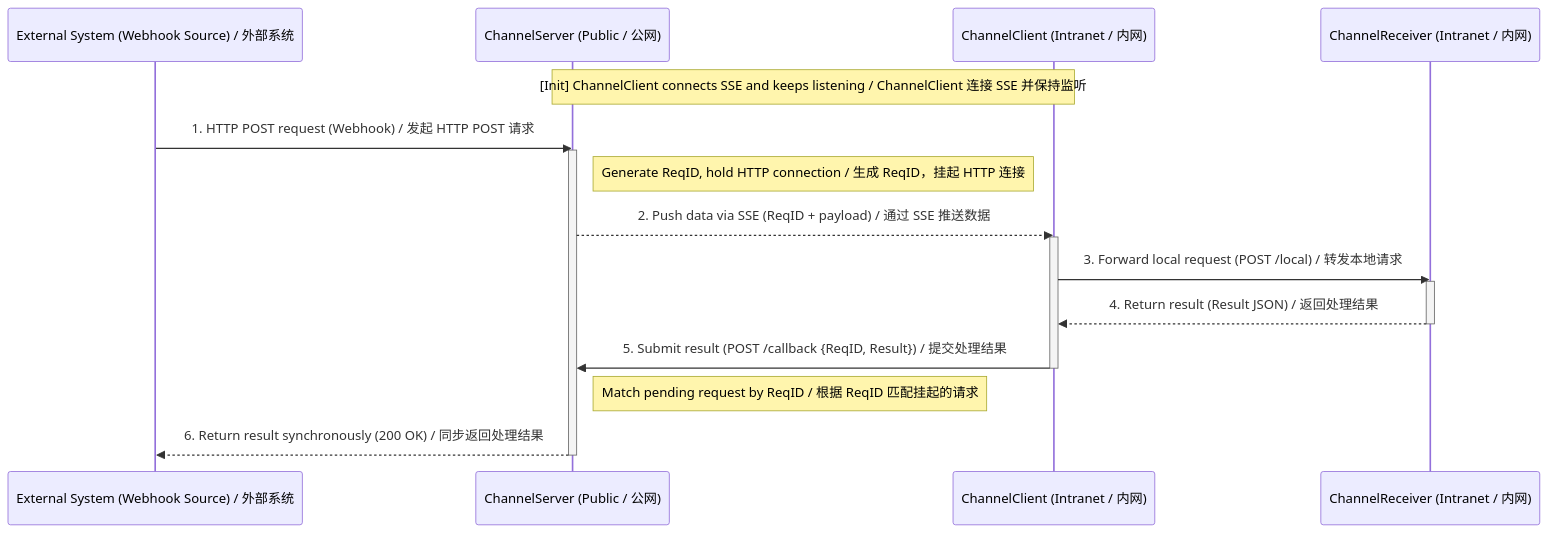
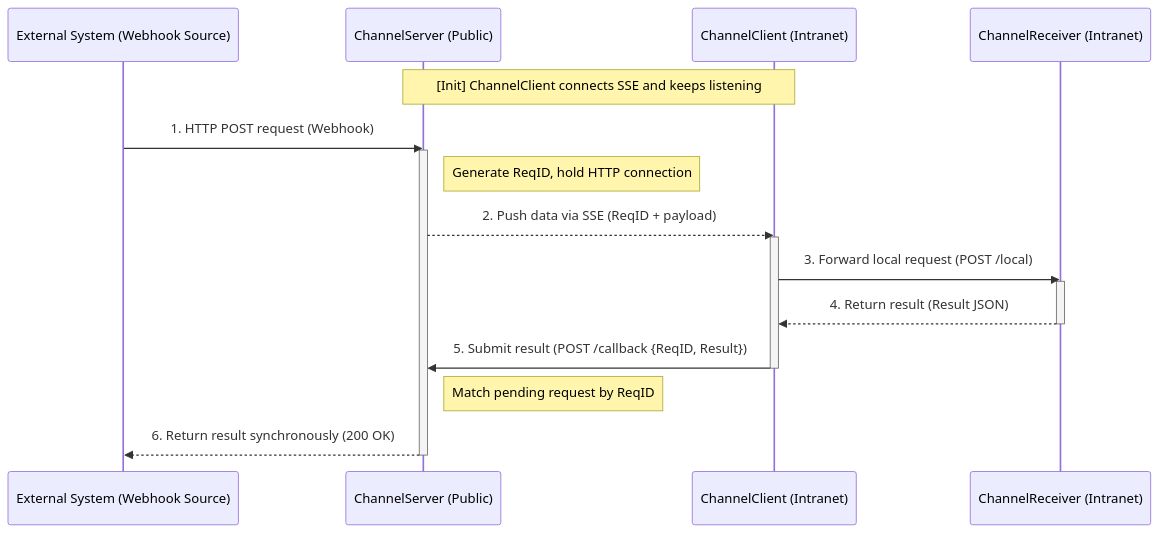
Before and after one commit to liuxuejin008/linkedbot: the first of 4 diagrams in PRD.md, drawn with Mermaid. The commit also changed other lines of this file and 6 other files, not shown here.

````diff
--- a/PRD.md
+++ b/PRD.md
@@ -80,28 +67,28 @@
 ```mermaid
 sequenceDiagram
-    participant Web as External System (Webhook Source) / 外部系统
-    participant CS as ChannelServer (Public / 公网)
-    participant CC as ChannelClient (Intranet / 内网)
-    participant CR as ChannelReceiver (Intranet / 内网)
+    participant Web as External System (Webhook Source)
+    participant CS as ChannelServer (Public)
+    participant CC as ChannelClient (Intranet)
+    participant CR as ChannelReceiver (Intranet)
 
-    Note over CC, CS: [Init] ChannelClient connects SSE and keeps listening / ChannelClient 连接 SSE 并保持监听
+    Note over CC, CS: [Init] ChannelClient connects SSE and keeps listening
 
-    Web->>CS: 1. HTTP POST request (Webhook) / 发起 HTTP POST 请求
+    Web->>CS: 1. HTTP POST request (Webhook)
     activate CS
-    Note right of CS: Generate ReqID, hold HTTP connection / 生成 ReqID，挂起 HTTP 连接
+    Note right of CS: Generate ReqID, hold HTTP connection
 
-    CS-->>CC: 2. Push data via SSE (ReqID + payload) / 通过 SSE 推送数据
+    CS-->>CC: 2. Push data via SSE (ReqID + payload)
     
     activate CC
-    CC->>CR: 3. Forward local request (POST /local) / 转发本地请求
+    CC->>CR: 3. Forward local request (POST /local)
     activate CR
-    CR-->>CC: 4. Return result (Result JSON) / 返回处理结果
+    CR-->>CC: 4. Return result (Result JSON)
     deactivate CR
 
-    CC->>CS: 5. Submit result (POST /callback {ReqID, Result}) / 提交处理结果
+    CC->>CS: 5. Submit result (POST /callback {ReqID, Result})
     deactivate CC
 
-    Note right of CS: Match pending request by ReqID / 根据 ReqID 匹配挂起的请求
-    CS-->>Web: 6. Return result synchronously (200 OK) / 同步返回处理结果
+    Note right of CS: Match pending request by ReqID
+    CS-->>Web: 6. Return result synchronously (200 OK)
     deactivate CS
 ```
````
